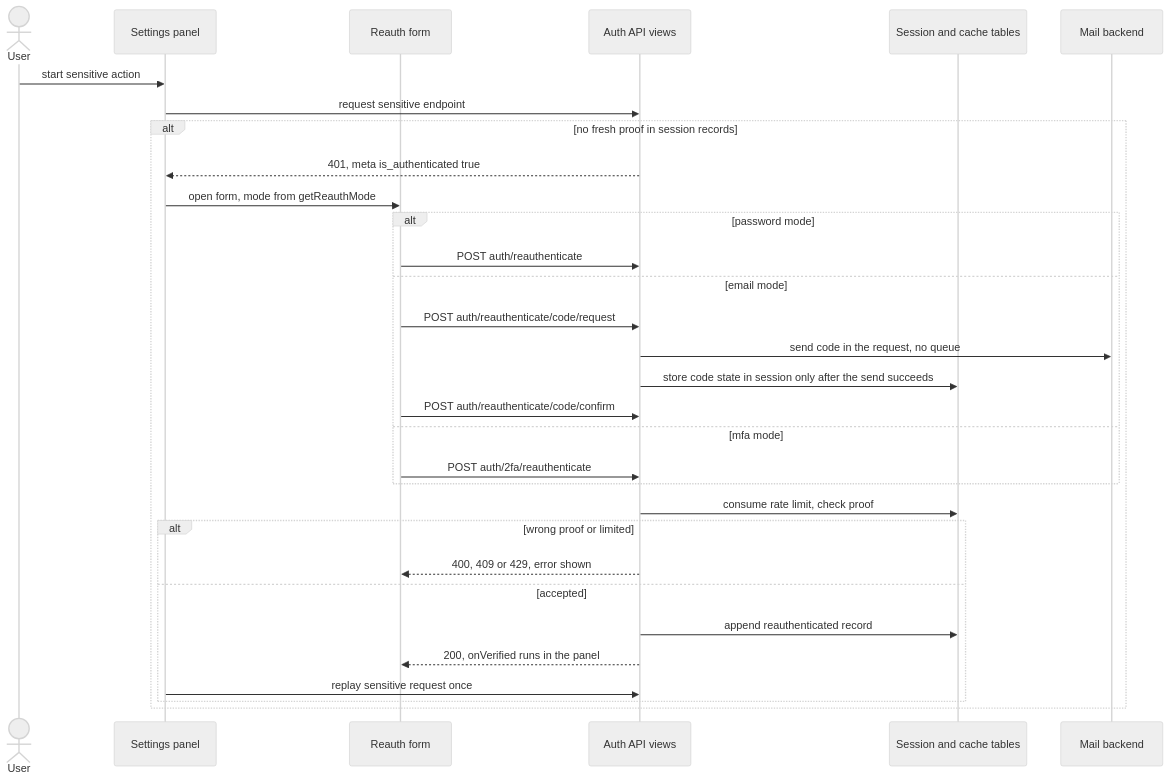
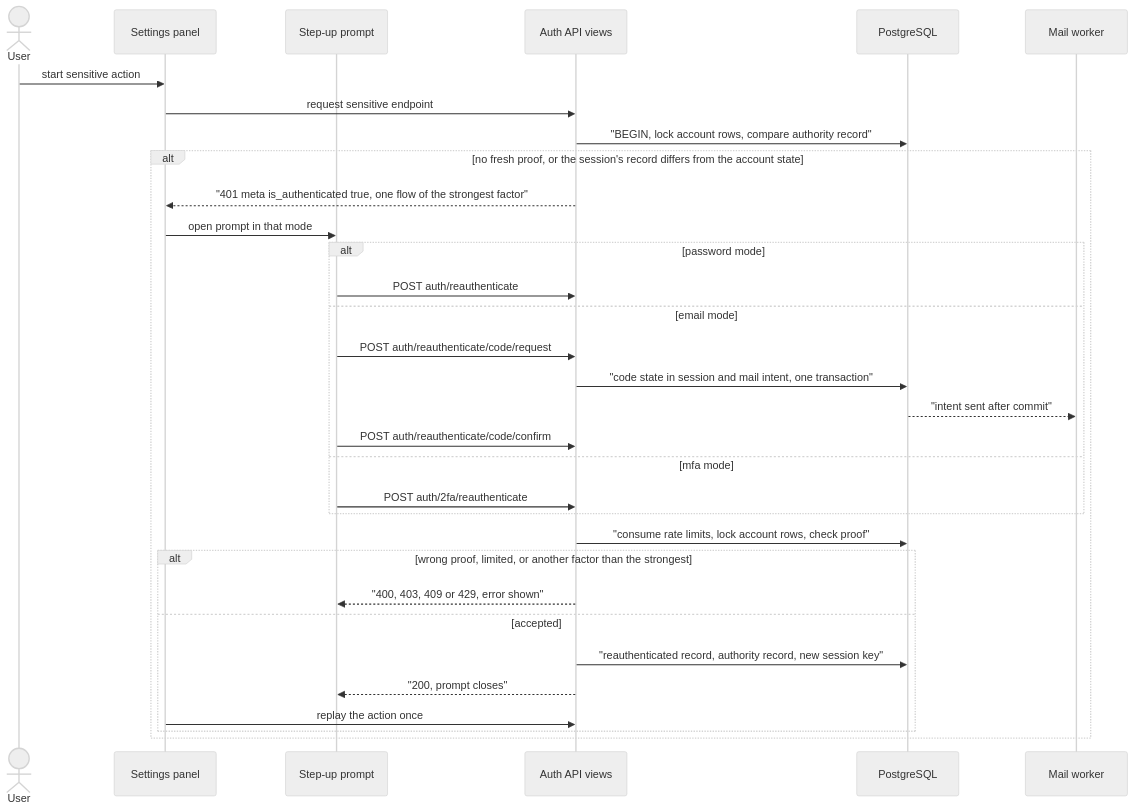
Before and after one commit to erkurtharun/pyracast: the diagram in docs/flows/step-up-reauthentication.md, drawn with Mermaid (neutral theme). The commit also changed other lines of this file and 85 other files, not shown here.

First line of the commit message:
Bring the flow pages in line with the code (#107)

````diff
--- a/docs/flows/step-up-reauthentication.md
+++ b/docs/flows/step-up-reauthentication.md
@@ -15,33 +17,34 @@
 ```mermaid
 sequenceDiagram
     actor U as User
     participant P as Settings panel
-    participant F as Reauth form
+    participant F as Step-up prompt
     participant A as Auth API views
-    participant D as Session and cache tables
-    participant M as Mail backend
+    participant D as PostgreSQL
+    participant W as Mail worker
     U->>P: start sensitive action
     P->>A: request sensitive endpoint
-    alt no fresh proof in session records
-        A-->>P: 401, meta is_authenticated true
-        P->>F: open form, mode from getReauthMode
+    A->>D: "BEGIN, lock account rows, compare authority record"
+    alt no fresh proof, or the session's record differs from the account state
+        A-->>P: "401 meta is_authenticated true, one flow of the strongest factor"
+        P->>F: open prompt in that mode
         alt password mode
             F->>A: POST auth/reauthenticate
         else email mode
             F->>A: POST auth/reauthenticate/code/request
-            A->>M: send code in the request, no queue
-            A->>D: store code state in session only after the send succeeds
+            A->>D: "code state in session and mail intent, one transaction"
+            D-->>W: "intent sent after commit"
             F->>A: POST auth/reauthenticate/code/confirm
         else mfa mode
             F->>A: POST auth/2fa/reauthenticate
         end
-        A->>D: consume rate limit, check proof
-        alt wrong proof or limited
-            A-->>F: 400, 409 or 429, error shown
+        A->>D: "consume rate limits, lock account rows, check proof"
+        alt wrong proof, limited, or another factor than the strongest
+            A-->>F: "400, 403, 409 or 429, error shown"
         else accepted
-            A->>D: append reauthenticated record
-            A-->>F: 200, onVerified runs in the panel
-            P->>A: replay sensitive request once
+            A->>D: "reauthenticated record, authority record, new session key"
+            A-->>F: "200, prompt closes"
+            P->>A: replay the action once
         end
     end
 ```
````
